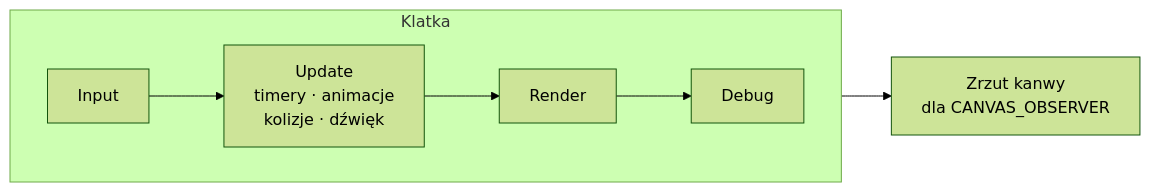
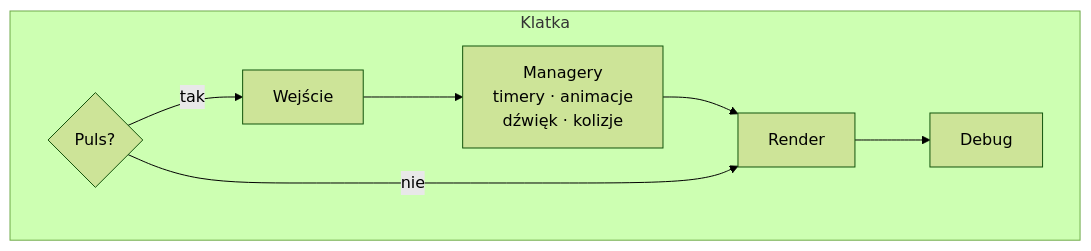
One commit to patryk025/Rex-EMoolator changed the diagram in docs/pl/internals/index.md. Above: the diagram before and after it, drawn with Mermaid (forest theme). The commit also changed other lines of this file and 83 other files, not shown here.

````diff
--- a/docs/pl/internals/index.md
+++ b/docs/pl/internals/index.md
@@ -9,10 +9,11 @@
 ```mermaid
 flowchart LR
     subgraph Klatka
       direction LR
-      I[Input] --> U[Update<br/>timery · animacje<br/>kolizje · dźwięk]
+      P{Puls?} -- tak --> I[Wejście]
+      I --> U[Managery<br/>timery · animacje<br/>dźwięk · kolizje]
       U --> R[Render]
+      P -- nie --> R
       R --> D[Debug]
     end
-    D --> SS[Zrzut kanwy<br/>dla CANVAS_OBSERVER]
 ```
````
